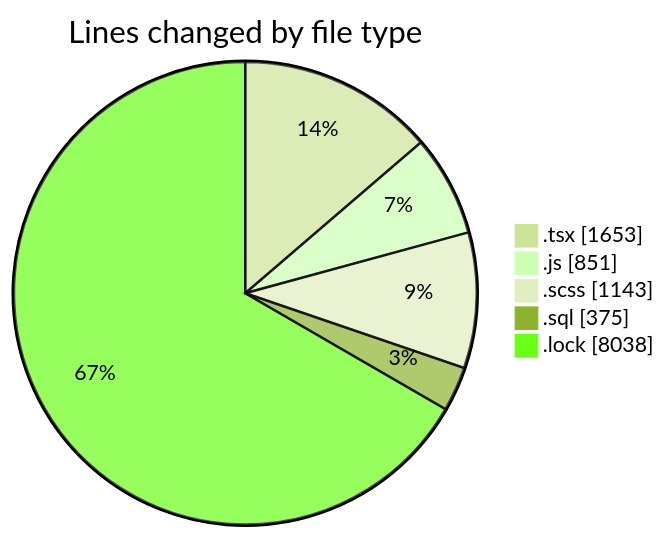
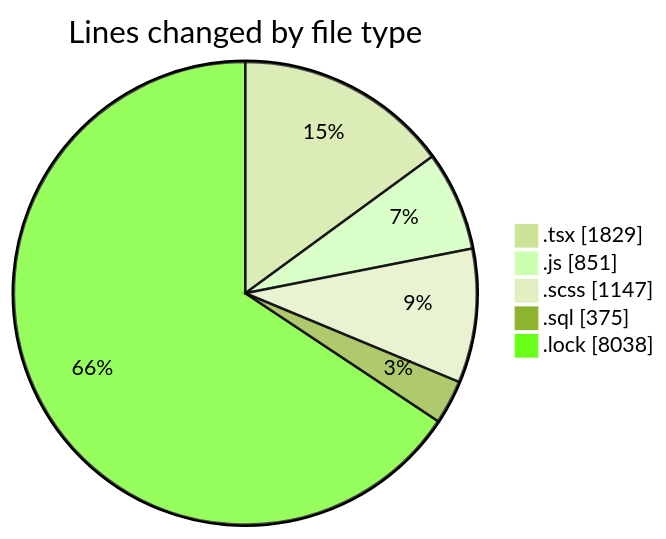
One commit to momahboobian/code-tracking changed the first of 2 diagrams in 2025-03-18/cda/README.md. Above: the diagram before and after it, drawn with Mermaid (forest theme). The commit also changed other lines of this file and 1 other file, not shown here.

````diff
--- a/2025-03-18/cda/README.md
+++ b/2025-03-18/cda/README.md
@@ -32,9 +34,9 @@
 ```mermaid
 pie showData
 title Lines changed by file type
-".tsx" : 1653
+".tsx" : 1829
 ".js" : 851
-".scss" : 1143
+".scss" : 1147
 ".sql" : 375
 ".lock" : 8038
 ```
````
